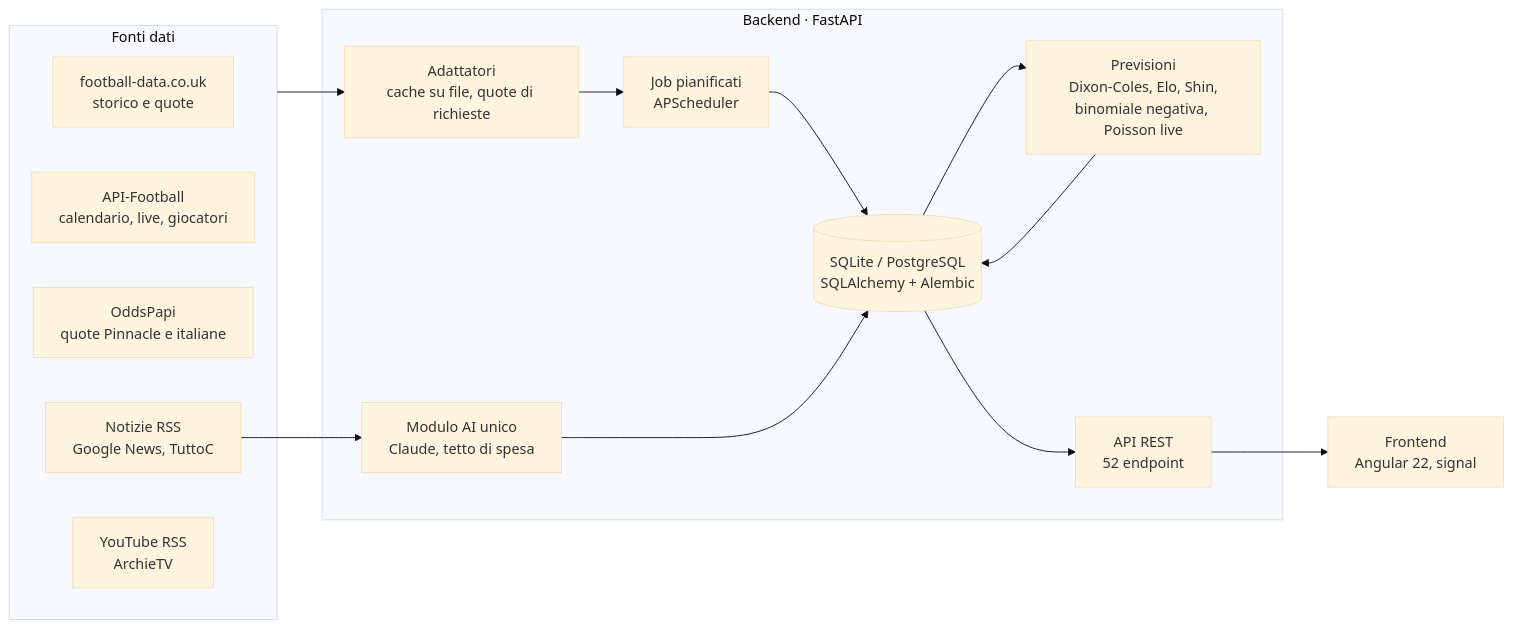
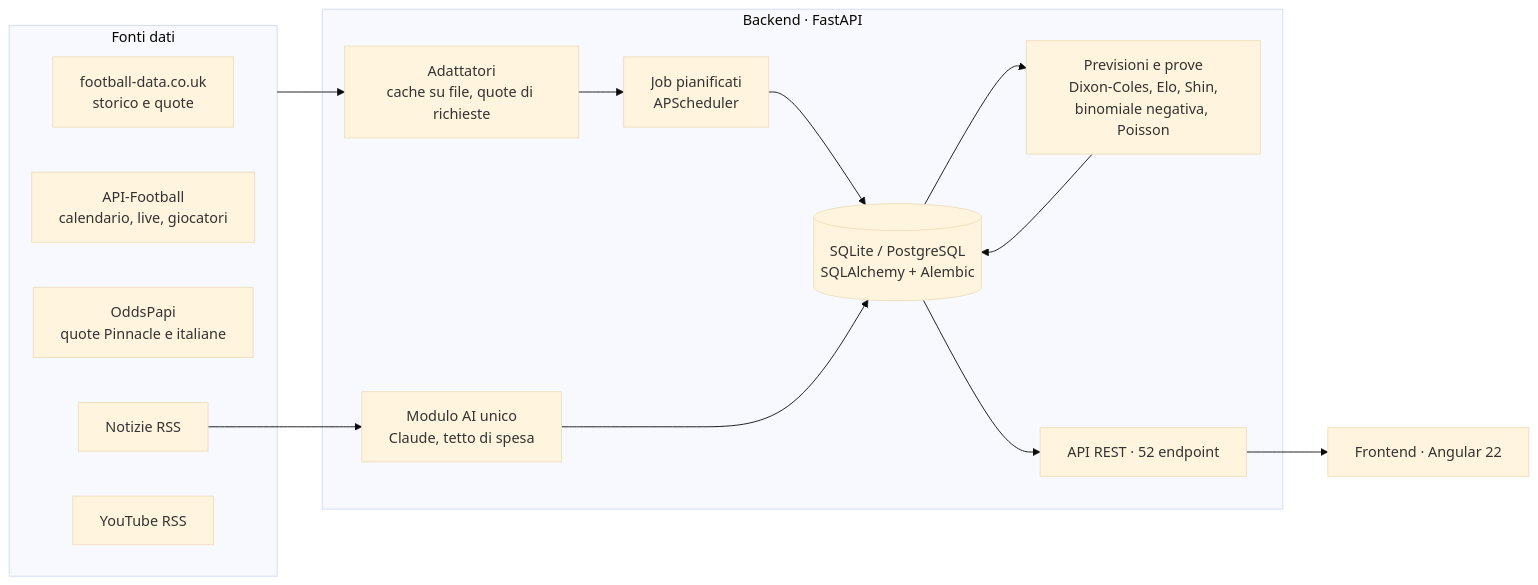
The diagram in README.md (giuseppecorso/archiebet), drawn with Mermaid (base theme) before and after one commit. The commit also changed other lines of this file and 19 other files, not shown here.

````diff
--- a/README.md
+++ b/README.md
@@ -40,23 +73,23 @@
 ```mermaid
 flowchart LR
   subgraph Fonti["Fonti dati"]
     FD[football-data.co.uk<br/>storico e quote]
     AF[API-Football<br/>calendario, live, giocatori]
     OP[OddsPapi<br/>quote Pinnacle e italiane]
-    NW[Notizie RSS<br/>Google News, TuttoC]
-    YT[YouTube RSS<br/>ArchieTV]
+    NW[Notizie RSS]
+    YT[YouTube RSS]
   end
   subgraph Backend["Backend · FastAPI"]
     AD[Adattatori<br/>cache su file, quote di richieste]
     JOB[Job pianificati<br/>APScheduler]
     DB[(SQLite / PostgreSQL<br/>SQLAlchemy + Alembic)]
-    FC[Previsioni<br/>Dixon-Coles, Elo, Shin,<br/>binomiale negativa, Poisson live]
+    FC[Previsioni e prove<br/>Dixon-Coles, Elo, Shin,<br/>binomiale negativa, Poisson]
     AI[Modulo AI unico<br/>Claude, tetto di spesa]
-    API[API REST<br/>52 endpoint]
+    API[API REST · 52 endpoint]
   end
-  FE[Frontend<br/>Angular 22, signal]
+  FE[Frontend · Angular 22]
   Fonti --> AD --> JOB --> DB
   DB --> FC --> DB
   NW --> AI --> DB
   DB --> API --> FE
 ```
````
